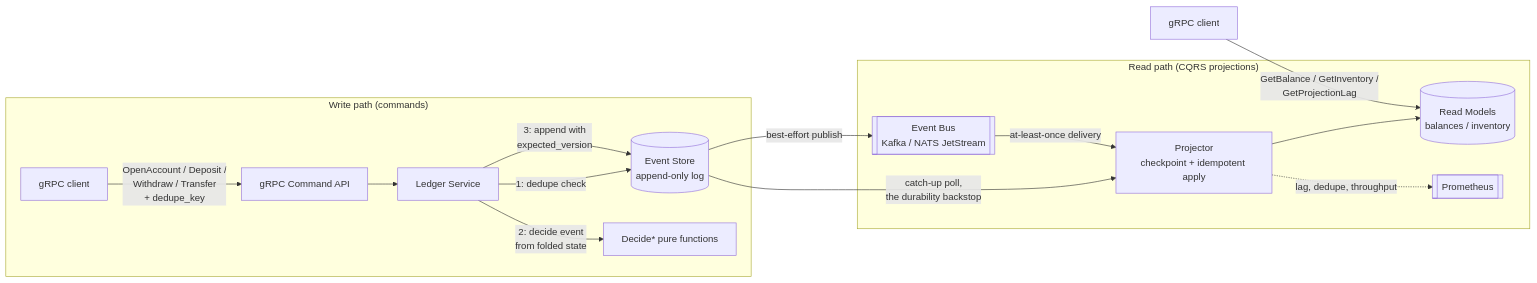
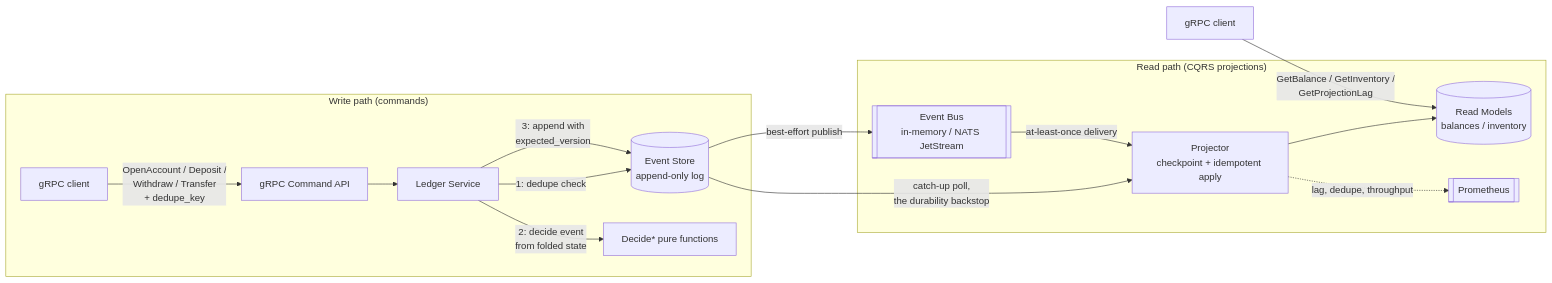
Before and after one commit to SlateGitOrg/streamledger: the diagram in README.md, drawn with Mermaid. The commit also changed other lines of this file, not shown here.

Commit message:
docs(readme): correct bus label, tighten prose, add docker usage, soften unverified claims

````diff
--- a/README.md
+++ b/README.md
@@ -38,21 +38,21 @@
 ```mermaid
 flowchart LR
     subgraph Write["Write path (commands)"]
         Client[gRPC client] -->|OpenAccount / Deposit /<br/>Withdraw / Transfer<br/>+ dedupe_key| API[gRPC Command API]
         API --> Svc[Ledger Service]
         Svc -->|1: dedupe check| Store[(Event Store<br/>append-only log)]
         Svc -->|2: decide event<br/>from folded state| Decide[Decide* pure functions]
         Svc -->|3: append with<br/>expected_version| Store
     end
 
-    Store -->|best-effort publish| Bus[[Event Bus<br/>Kafka / NATS JetStream]]
+    Store -->|best-effort publish| Bus[[Event Bus<br/>in-memory / NATS JetStream]]
     Store -->|catch-up poll,<br/>the durability backstop| Proj
 
     subgraph Read["Read path (CQRS projections)"]
         Bus -->|at-least-once delivery| Proj[Projector<br/>checkpoint + idempotent apply]
         Proj --> Views[(Read Models<br/>balances / inventory)]
         Proj -.->|lag, dedupe, throughput| Metrics[[Prometheus]]
     end
 
     ClientQ[gRPC client] -->|GetBalance / GetInventory /<br/>GetProjectionLag| Views
 ```
````
